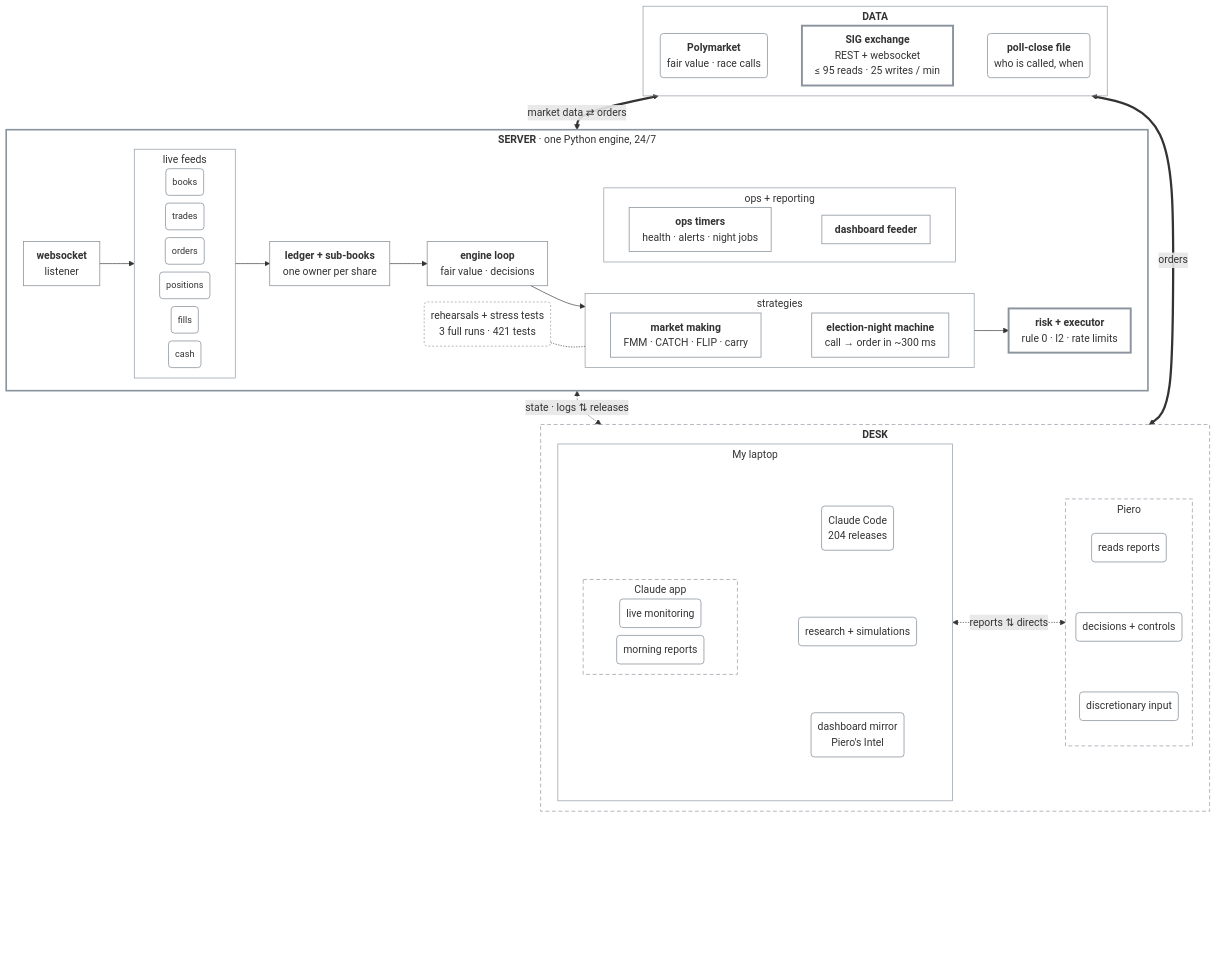
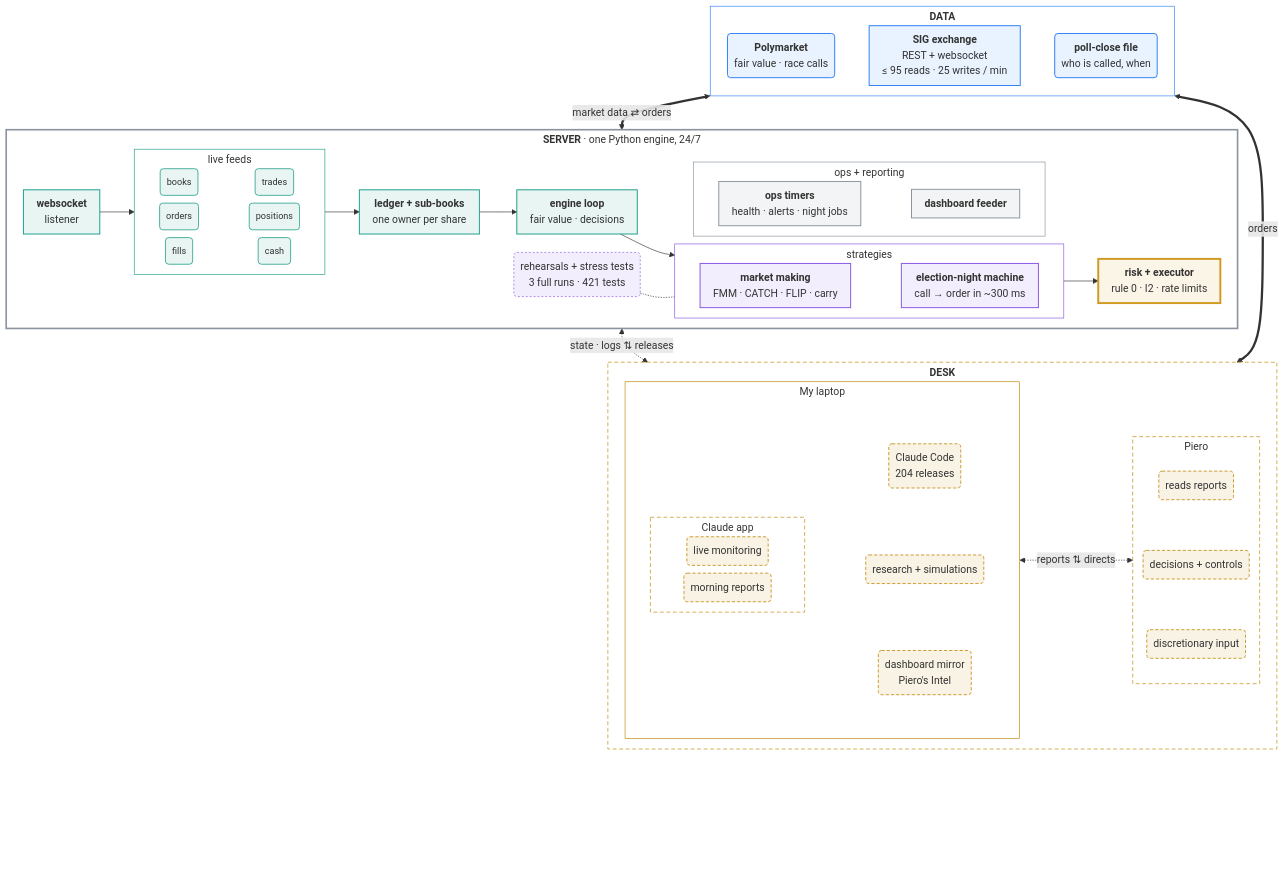
The diagram in README.md (pieropls/PredictionsCup26), drawn with Mermaid before and after one commit. The commit also changed other lines of this file and 11 other files, not shown here.

````diff
--- a/README.md
+++ b/README.md
@@ -99,6 +109,9 @@
       F4(positions)
       F5(fills)
       F6(cash)
+      F1 ~~~ F2
+      F3 ~~~ F4
+      F5 ~~~ F6
     end
     LEDGER["<b>ledger + sub-books</b><br/>one owner per share"]
     LOOP["<b>engine loop</b><br/>fair value · decisions"]
@@ -157,21 +170,31 @@
   DESK ~~~ PAD["<br/><br/><br/><br/><br/><br/><br/>"]
 
   classDef default fill:none,stroke:#8b949e,stroke-width:1.2px
-  classDef key fill:none,stroke:#8b949e,stroke-width:3px
-  classDef feed font-size:14px
-  classDef soft fill:none,stroke:#8b949e,stroke-width:1px,stroke-dasharray:3 3
-  class EXEC,SIG key
+  classDef data fill:#2f81f71a,stroke:#2f81f7,stroke-width:1.5px
+  classDef core fill:#1f9e891a,stroke:#1f9e89,stroke-width:1.5px
+  classDef feed fill:#1f9e891a,stroke:#1f9e89,stroke-width:1.2px,font-size:14px
+  classDef strat fill:#8957e51a,stroke:#8957e5,stroke-width:1.5px
+  classDef reh fill:#8957e51a,stroke:#8957e5,stroke-width:1px,stroke-dasharray:3 3
+  classDef risk fill:#d299221a,stroke:#d29922,stroke-width:3px
+  classDef ops fill:#8b949e1a,stroke:#8b949e,stroke-width:1.5px
+  classDef desk fill:#bf87001a,stroke:#bf8700,stroke-width:1.2px,stroke-dasharray:5 3
+  class PM,SIG,POLL data
+  class WS,LEDGER,LOOP core
   class F1,F2,F3,F4,F5,F6 feed
-  class REH soft
-  style DATA fill:none,stroke:#8b949e,stroke-width:1px
+  class MM,NIGHT strat
+  class REH reh
+  class EXEC risk
+  class OPS,FEEDER ops
+  class MON,MORN,CC,RES,MIRROR,READ,DEC,OVER desk
+  style DATA fill:none,stroke:#2f81f7,stroke-width:1px
   style SERVER fill:none,stroke:#8b949e,stroke-width:2.5px
-  style FEEDS fill:none,stroke:#8b949e,stroke-width:1px
-  style STRAT fill:none,stroke:#8b949e,stroke-width:1px
+  style FEEDS fill:none,stroke:#1f9e89,stroke-width:1px
+  style STRAT fill:none,stroke:#8957e5,stroke-width:1px
   style SUPPORT fill:none,stroke:#8b949e,stroke-width:1px
-  style LAPTOP fill:none,stroke:#8b949e,stroke-width:1px
+  style LAPTOP fill:none,stroke:#bf8700,stroke-width:1px
   style TOOLS fill:none,stroke:none
-  style DESK fill:none,stroke:#8b949e,stroke-dasharray:6 4
-  style CLAUDE fill:none,stroke:#8b949e,stroke-dasharray:6 4
-  style PIERO fill:none,stroke:#8b949e,stroke-dasharray:6 4
+  style DESK fill:none,stroke:#bf8700,stroke-dasharray:6 4
+  style CLAUDE fill:none,stroke:#bf8700,stroke-dasharray:6 4
+  style PIERO fill:none,stroke:#bf8700,stroke-dasharray:6 4
   style PAD fill:none,stroke:none
 ```
````
